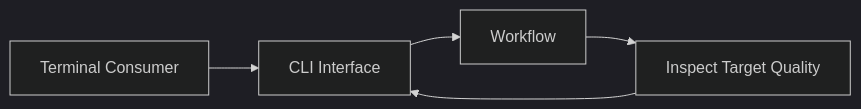
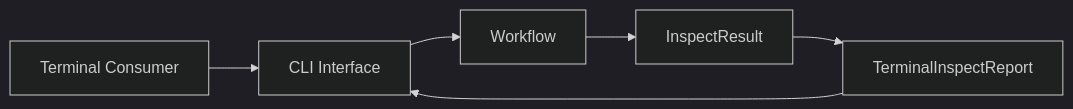
One commit to huang-xiao-jian/bluey changed the first of 2 diagrams in specs/npm-plus/interfaces/spec.md. Above: the diagram before and after it, drawn with Mermaid (dark theme). The commit also changed other lines of this file and 5 other files, not shown here.

````diff
--- a/specs/npm-plus/interfaces/spec.md
+++ b/specs/npm-plus/interfaces/spec.md
@@ -15,11 +15,12 @@
 ```mermaid
 ---
 config:
   layout: dagre
 ---
 flowchart LR
     Terminal["Terminal Consumer"] --> Cli["CLI Interface"]
     Cli --> Workflow["Workflow"]
-    Workflow --> Report["Inspect Target Quality"]
+    Workflow --> Raw["InspectResult"]
+    Raw --> Report["TerminalInspectReport"]
     Report --> Cli
 ```
````
